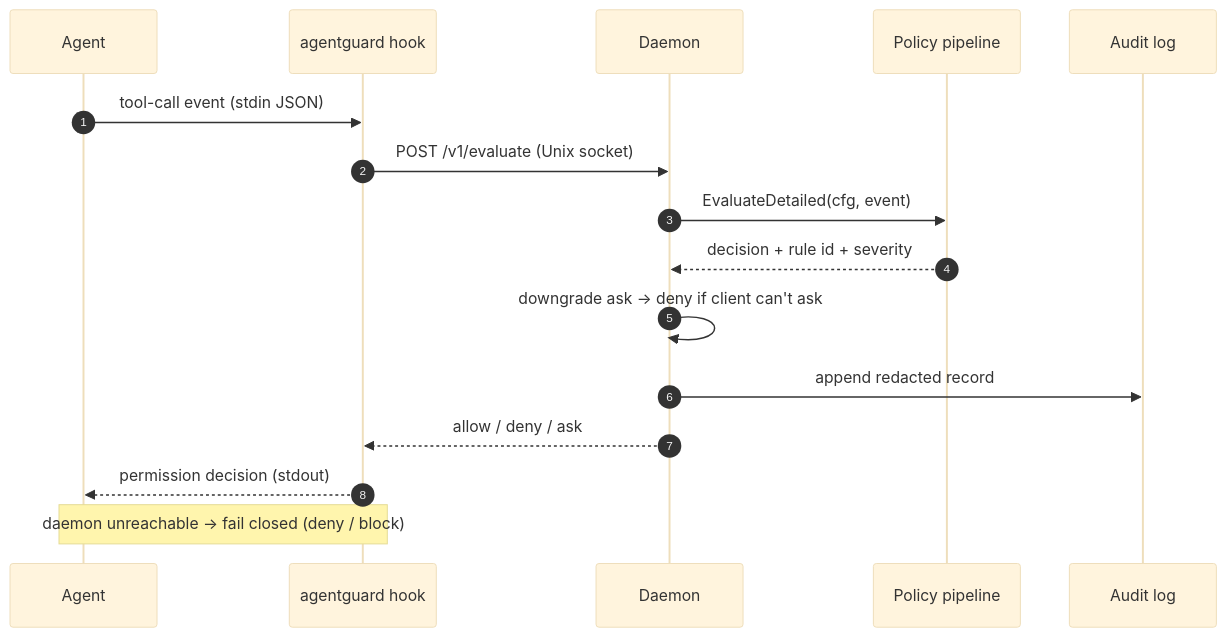
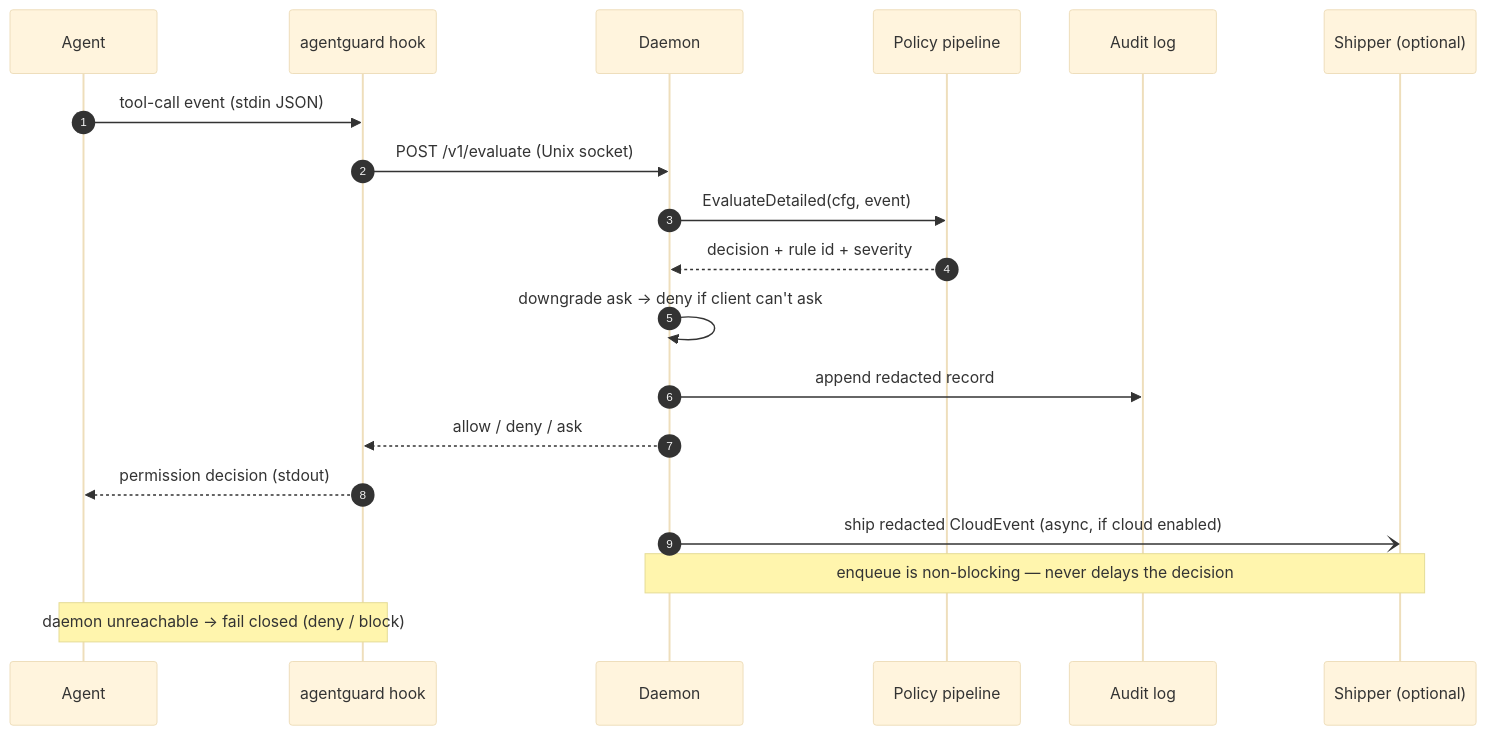
Before and after one commit to agentwatchman/agent-guard: the second of 2 diagrams in README.md, drawn with Mermaid (base theme). The commit also changed other lines of this file, not shown here.

````diff
--- a/README.md
+++ b/README.md
@@ -63,19 +80,22 @@
 ```mermaid
 sequenceDiagram
     autonumber
     participant A as Agent
     participant H as agentguard hook
     participant D as Daemon
     participant P as Policy pipeline
     participant L as Audit log
+    participant S as Shipper (optional)
 
     A->>H: tool-call event (stdin JSON)
     H->>D: POST /v1/evaluate (Unix socket)
     D->>P: EvaluateDetailed(cfg, event)
     P-->>D: decision + rule id + severity
     D->>D: downgrade ask → deny if client can't ask
     D->>L: append redacted record
     D-->>H: allow / deny / ask
     H-->>A: permission decision (stdout)
+    D-)S: ship redacted CloudEvent (async, if cloud enabled)
+    Note over D,S: enqueue is non-blocking — never delays the decision
     Note over A,H: daemon unreachable → fail closed (deny / block)
 ```
````
